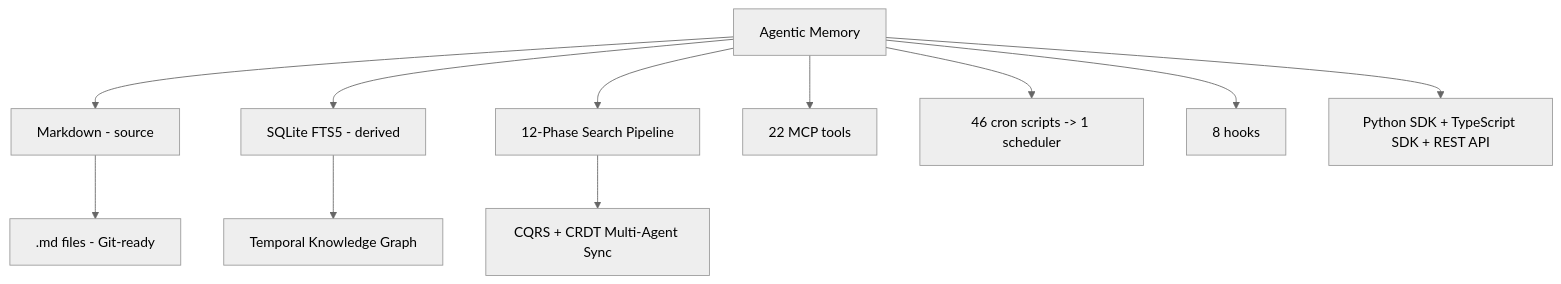
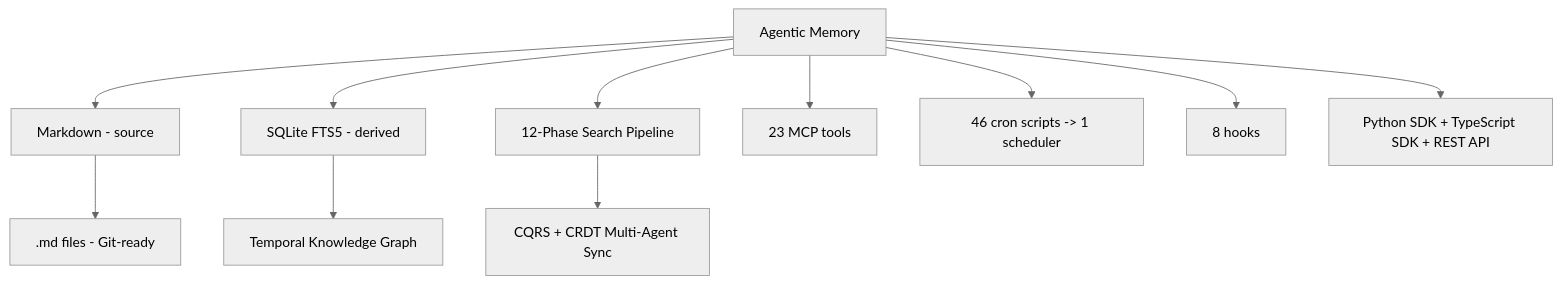
Before and after one commit to ArkaAiAdmin/Agentic-Memory: the diagram in README.md, drawn with Mermaid (neutral theme). The commit also changed other lines of this file and 9 other files, not shown here.

````diff
--- a/README.md
+++ b/README.md
@@ -23,13 +23,13 @@
 ```mermaid
 graph TD
     A[Agentic Memory] --> B[Markdown - source]
     A --> C[SQLite FTS5 - derived]
     A --> D[12-Phase Search Pipeline]
     B --> E[.md files - Git-ready]
     C --> F[Temporal Knowledge Graph]
     D --> G[CQRS + CRDT Multi-Agent Sync]
-    A --> H[22 MCP tools]
+    A --> H[23 MCP tools]
     A --> I[46 cron scripts -> 1 scheduler]
     A --> J[8 hooks]
     A --> K[Python SDK + TypeScript SDK + REST API]
 ```
````
